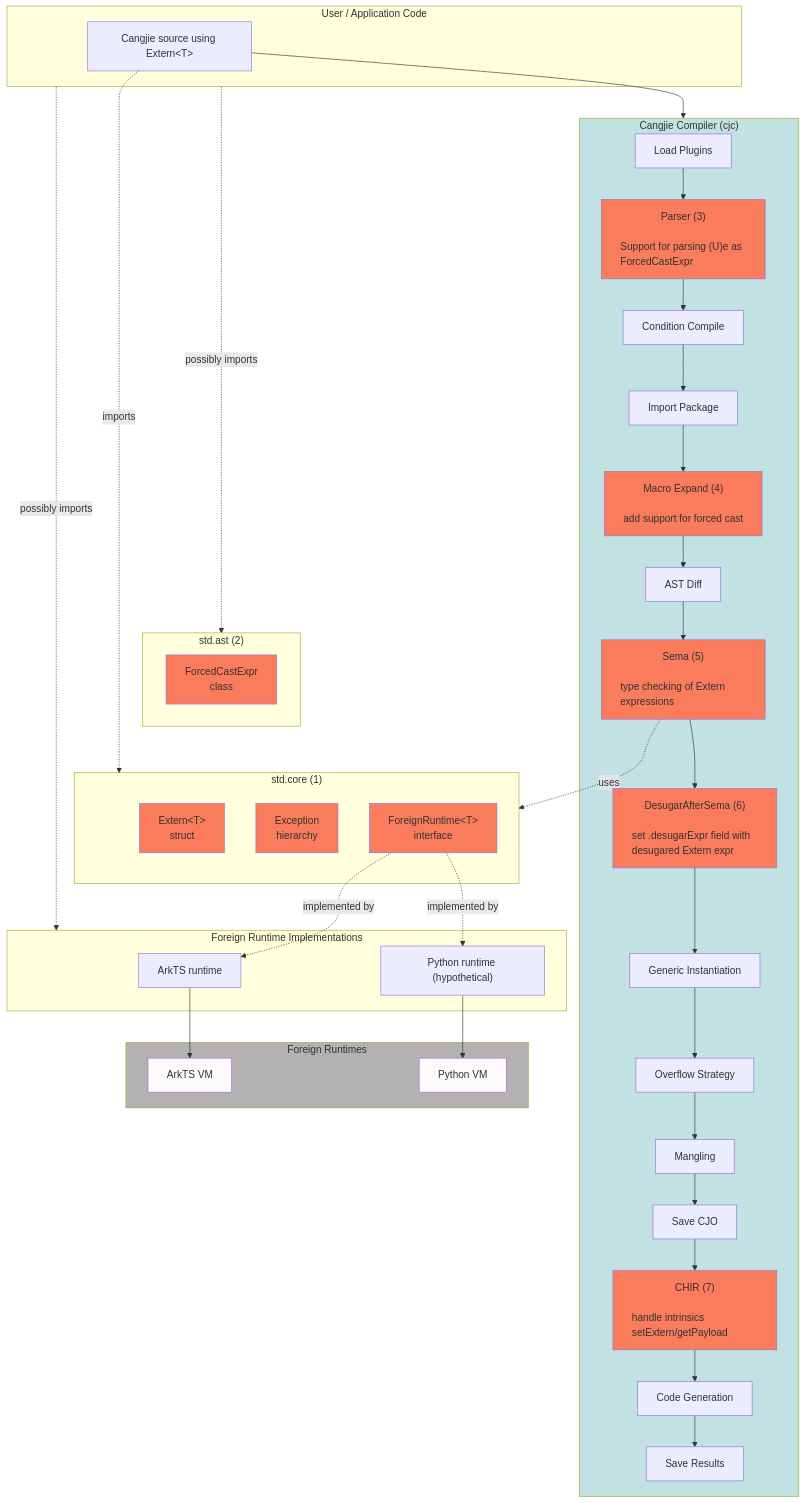
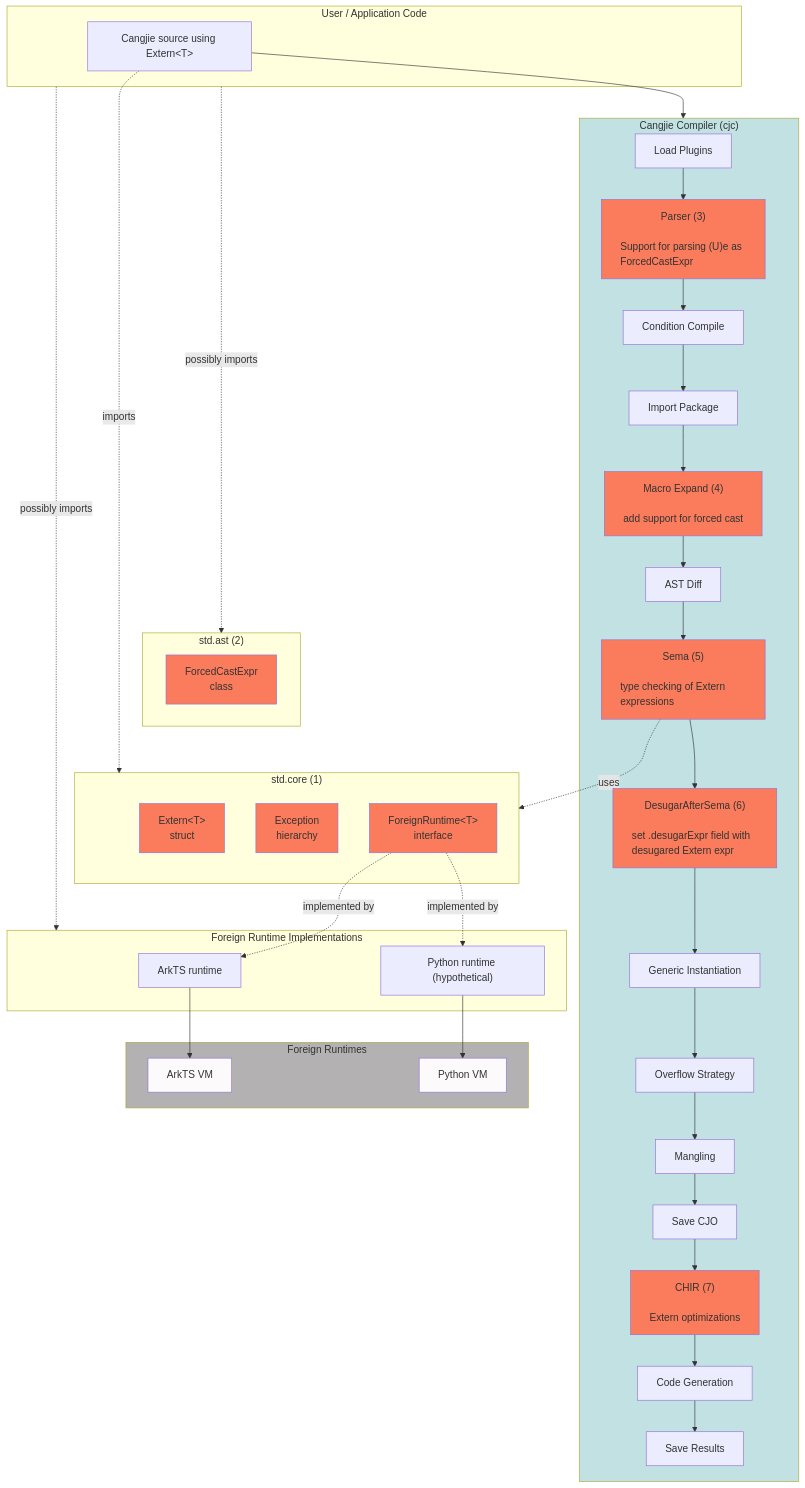
One commit to belolourenco/cangjie_interop_architecture changed the diagram in docs/extern_architecture.md. Above: the diagram before and after it, drawn with Mermaid. The commit also changed other lines of this file, not shown here.

Commit message:
optimizations

````diff
--- a/docs/extern_architecture.md
+++ b/docs/extern_architecture.md
@@ -224,72 +224,72 @@
 ```mermaid
 flowchart TB
     subgraph UserCode["User / Application Code"]
         UC["Cangjie source using Extern&lt;T&gt;"]
     end
 
     subgraph Compiler["Cangjie Compiler (cjc)"]
         LoadPlugin["Load Plugins"]
         Parser["Parser (3)<br/><br/><p style='text-align:left'>Support for parsing (U)e as ForcedCastExpr</p>"]
         ConditionCompile["Condition Compile"]
         ImportPackage["Import Package"]
         MacroExpand["Macro Expand (4)<br/><br/><p style='text-align:left'>add support for forced cast</p>"]
         ASTDiff["AST Diff"]
         Sema["Sema (5)<br/><br/><p style='text-align:left'>type checking of Extern expressions</p>"]
         DesugarAfterSema["DesugarAfterSema (6)<br/><br/><p style='text-align:left'>set .desugarExpr field with desugared Extern expr</p>"]
         GenericInstantiation["Generic Instantiation"]
         OverflowStrategy["Overflow Strategy"]
         Mangling["Mangling"]
         SaveCJO["Save CJO"]
-        CHIR["CHIR (7)<br/><br/><p style='text-align:left'>handle intrinsics setExtern/getPayload</p>"]
+        CHIR["CHIR (7)<br/><br/><p style='text-align:left'>Extern optimizations</p>"]
         CodeGen["Code Generation"]
         SaveResults["Save Results"]
         style Parser fill:#fa7c5c
         style MacroExpand fill:#fa7c5c
         style DesugarAfterSema fill:#fa7c5c
         style CHIR fill:#fa7c5c
         style Sema fill:#fa7c5c
     end
 
     subgraph StdAST["std.ast (2)"]
         ForcedCastExpr["ForcedCastExpr<br/>class"]
         style ForcedCastExpr fill:#fa7c5c
     end
 
     subgraph StdCore["std.core (1)"]
         ExternType["Extern&lt;T&gt;<br/>struct"]
         Exc["Exception<br/>hierarchy"]
         FRT["ForeignRuntime&lt;T&gt;<br/>interface"]
         style ExternType fill:#fa7c5c
         style Exc fill:#fa7c5c
         style FRT fill:#fa7c5c
     end
 
     subgraph RuntimeImpl["Foreign&nbsp;Runtime&nbsp;Implementations"]
         ArkTS["ArkTS runtime"]
         Python["Python runtime (hypothetical)"]
     end
 
     subgraph ForeignVM["Foreign Runtimes"]
         ArkVM["ArkTS VM"]
         PyVM["Python VM"]
         style ArkVM fill: #fcfafa
         style PyVM fill: #fcfafa
     end
 
     UserCode -.-> |"possibly imports"| StdAST
     StdAST ~~~ StdCore
     UC --> Compiler
     LoadPlugin --> Parser --> ConditionCompile --> ImportPackage --> MacroExpand
     MacroExpand --> ASTDiff --> Sema --> DesugarAfterSema --> GenericInstantiation
     GenericInstantiation --> OverflowStrategy --> Mangling --> SaveCJO
     SaveCJO --> CHIR --> CodeGen --> SaveResults
     Sema -.->|"uses"| StdCore
     UC -.-> |"imports"| StdCore
     ArkTS --> ArkVM
     Python --> PyVM
     FRT -.->|"implemented by"| ArkTS
     FRT -.->|"implemented by"| Python
     UserCode -.-> |"possibly imports"| RuntimeImpl
     style ForeignVM fill:#b3b1b1
     style Compiler fill:#c1e1e3
 ```
````
